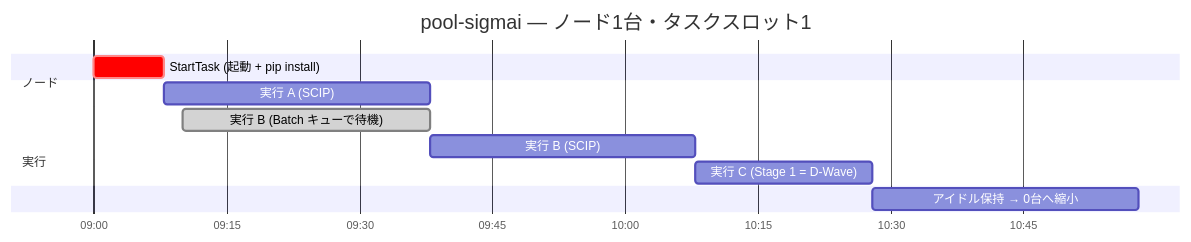
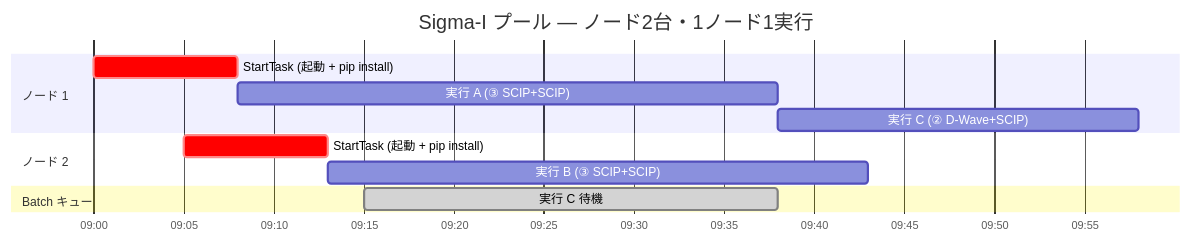
One commit to WhiTeXCharGe/TF_Testing changed the seventh of 12 diagrams in SigmaI/SigmaI_Azure_ImplementationPlan20261013(JP).md. Above: the diagram before and after it, drawn with Mermaid. The commit also changed other lines of this file and 2 other files, not shown here.

Commit message:
update implementation plan for sigmaAI

````diff
--- a/SigmaI/SigmaI_Azure_ImplementationPlan20261013(JP).md
+++ b/SigmaI/SigmaI_Azure_ImplementationPlan20261013(JP).md
@@ -146,15 +287,15 @@
 ```mermaid
 gantt
-    title pool-sigmai — ノード1台・タスクスロット1
+    title Sigma-I プール — ノード2台・1ノード1実行
     dateFormat HH:mm
     axisFormat %H:%M
-    section ノード
-    StartTask (起動 + pip install)   :crit, s0, 09:00, 8m
-    section 実行
-    実行 A (SCIP)                    :a, after s0, 30m
-    実行 B (Batch キューで待機)       :done, bq, 09:10, 28m
-    実行 B (SCIP)                    :b, after a, 30m
-    実行 C (Stage 1 = D-Wave)        :c, after b, 20m
-    section ノード
-    アイドル保持 → 0台へ縮小          :idle, after c, 30m
+    section ノード 1
+    StartTask (起動 + pip install) :crit, n1s, 09:00, 8m
+    実行 A (③ SCIP+SCIP)          :a, after n1s, 30m
+    実行 C (② D-Wave+SCIP)        :c, after a, 20m
+    section ノード 2
+    StartTask (起動 + pip install) :crit, n2s, 09:05, 8m
+    実行 B (③ SCIP+SCIP)          :b, after n2s, 30m
+    section Batch キュー
+    実行 C 待機                    :done, cw, 09:15, 23m
 ```
````
